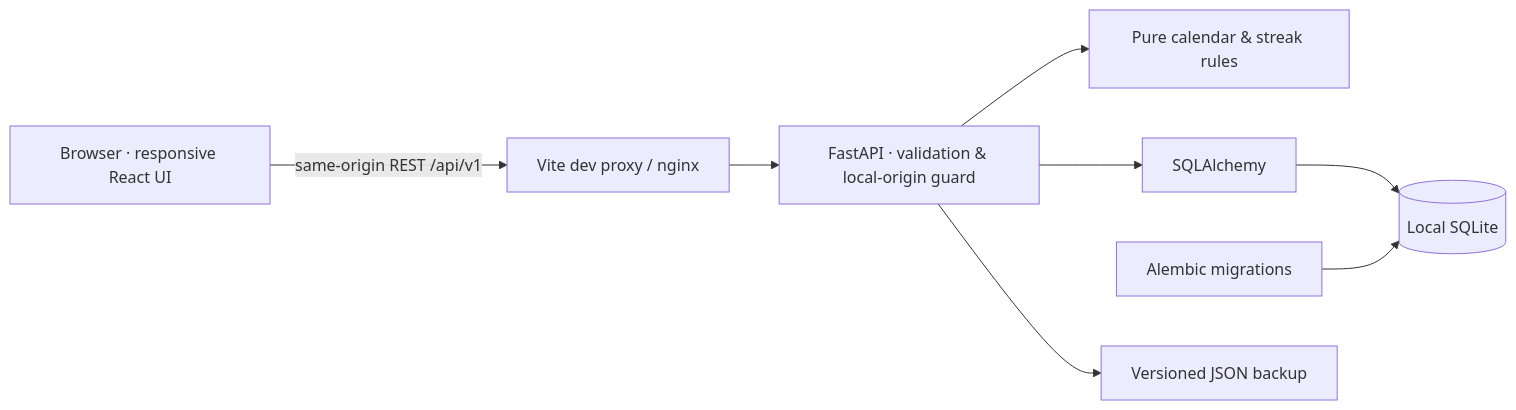
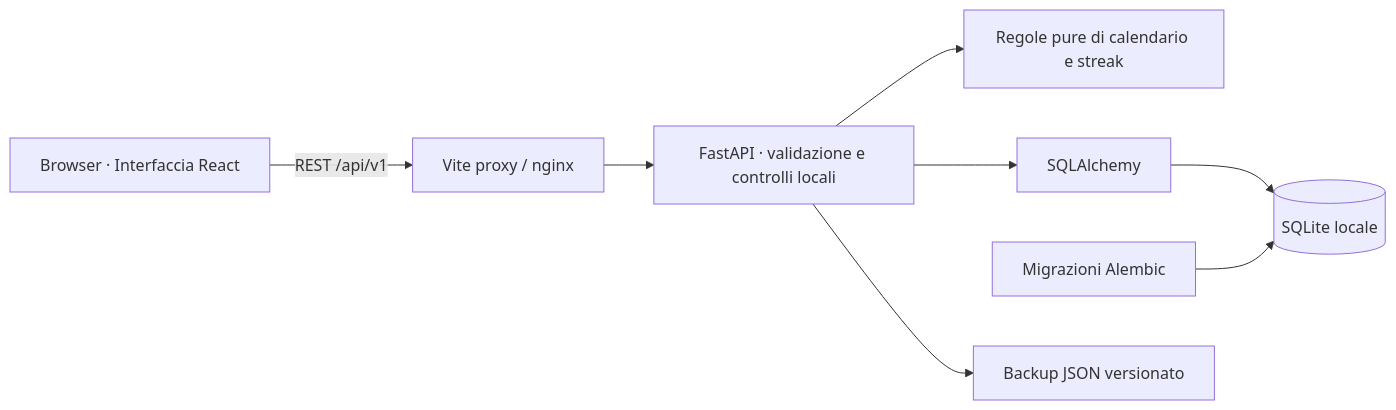
One commit to Leandro-DAmico/HabitFlow changed the diagram in README.md. Above: the diagram before and after it, drawn with Mermaid. The commit also changed other lines of this file and 1 other file, not shown here.

````diff
--- a/README.md
+++ b/README.md
@@ -28,10 +27,10 @@
 ```mermaid
 flowchart LR
-  User[Browser · responsive React UI] -->|same-origin REST /api/v1| Proxy[Vite dev proxy / nginx]
-  Proxy --> API[FastAPI · validation & local-origin guard]
-  API --> Domain[Pure calendar & streak rules]
+  User[Browser · Interfaccia React] -->|REST /api/v1| Proxy[Vite proxy / nginx]
+  Proxy --> API[FastAPI · validazione e controlli locali]
+  API --> Domain[Regole pure di calendario e streak]
   API --> ORM[SQLAlchemy]
-  ORM --> DB[(Local SQLite)]
-  Alembic[Alembic migrations] --> DB
-  API --> Backup[Versioned JSON backup]
+  ORM --> DB[(SQLite locale)]
+  Alembic[Migrazioni Alembic] --> DB
+  API --> Backup[Backup JSON versionato]
 ```
````
